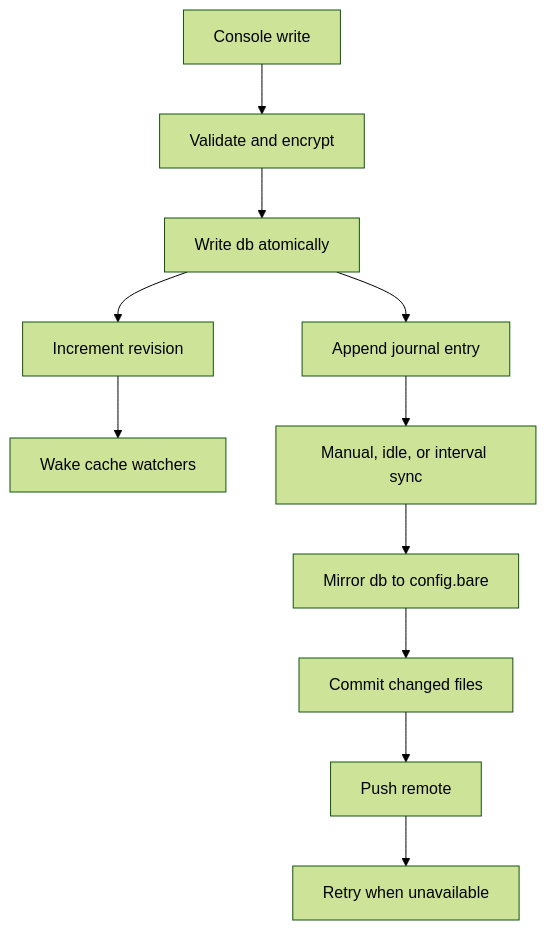
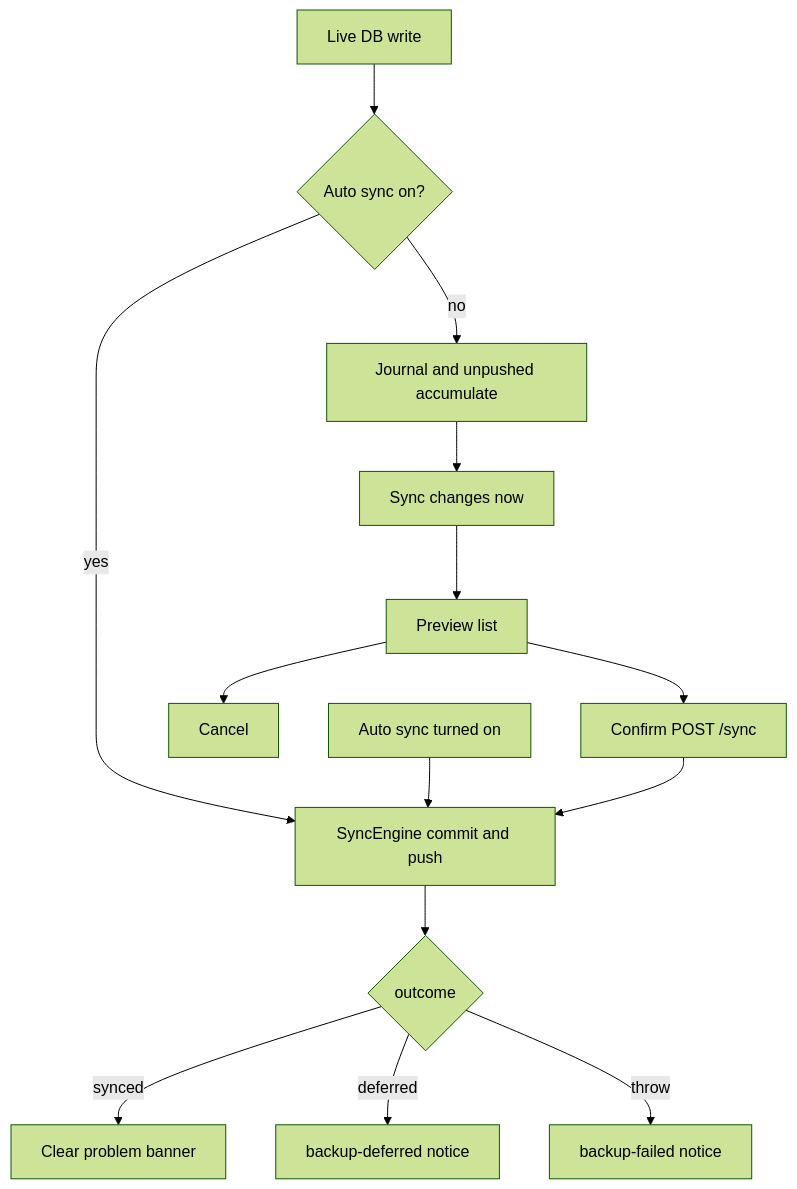
One commit to AnudeepChPaul/config.anudeep.pro changed the seventh of 8 diagrams in docs/flow-diagrams.md. Above: the diagram before and after it, drawn with Mermaid (forest theme). The commit also changed other lines of this file and 109 other files, not shown here.

Commit message:
now we direct write on files.

````diff
--- a/docs/flow-diagrams.md
+++ b/docs/flow-diagrams.md
@@ -129,13 +94,16 @@
 ```mermaid
 flowchart TD
-    Post[Console write] --> Validate[Validate and encrypt]
-    Validate --> DB[Write db atomically]
-    DB --> Rev[Increment revision]
-    Rev --> Wake[Wake cache watchers]
-    DB --> Journal[Append journal entry]
-    Journal --> Timer[Manual, idle, or interval sync]
-    Timer --> Mirror[Mirror db to config.bare]
-    Mirror --> Commit[Commit changed files]
-    Commit --> Push[Push remote]
-    Push --> Retry[Retry when unavailable]
+  Write[Live DB write] --> Gate{Auto sync on?}
+  Gate -->|yes| Engine[SyncEngine commit and push]
+  Gate -->|no| Pending[Journal and unpushed accumulate]
+  Pending --> Btn[Sync changes now]
+  Btn --> List[Preview list]
+  List --> Cancel[Cancel]
+  List --> Confirm[Confirm POST /sync]
+  Confirm --> Engine
+  ToggleOn[Auto sync turned on] --> Engine
+  Engine --> Ok{outcome}
+  Ok -->|synced| Clear[Clear problem banner]
+  Ok -->|deferred| Banner[backup-deferred notice]
+  Ok -->|throw| Fail[backup-failed notice]
 ```
````
